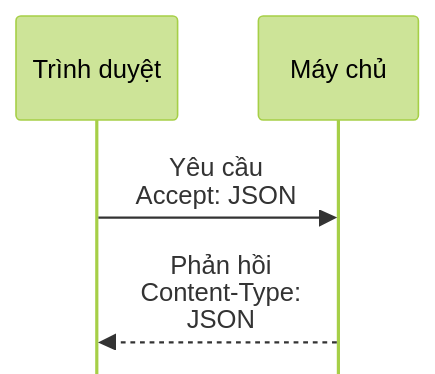
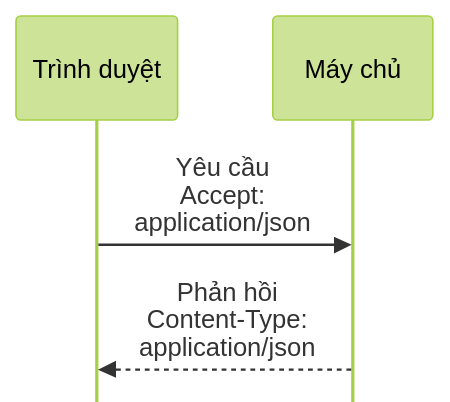
One commit to vohoailinh90/Agentic-coding-course changed the diagram in system-design-101/vi/lessons/sd-01-006/lesson.md. Above: the diagram before and after it, drawn with Mermaid (forest theme). The commit also changed other lines of this file, not shown here.

First line of the commit message:
sd-01-006: use the valid media type application/json in the diagram and explain media types

````diff
--- a/system-design-101/vi/lessons/sd-01-006/lesson.md
+++ b/system-design-101/vi/lessons/sd-01-006/lesson.md
@@ -15,8 +15,9 @@
 ```mermaid
 %%{init: {"sequence": {"width": 100, "actorMargin": 30, "messageMargin": 24, "mirrorActors": false}}}%%
 sequenceDiagram
     participant B as Trình duyệt
     participant S as Máy chủ
-    B->>S: Yêu cầu<br/>Accept: JSON
-    S-->>B: Phản hồi<br/>Content-Type:<br/>JSON
+        B->>S: Yêu cầu<br/>Accept:<br/>application/json
+    S-->>B: Phản hồi<br/>Content-Type:<br/>application/json
+
 ```
````
